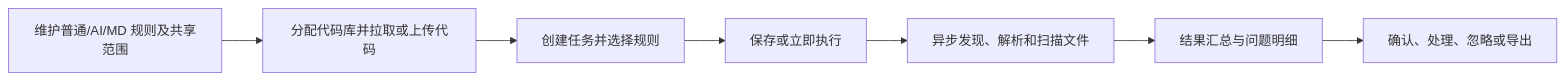
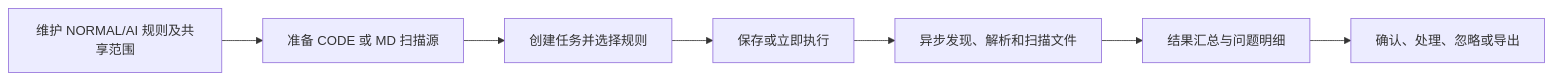
The first of 5 diagrams in ai-agent/spec/扫描中心-详细方案设计.md (tjqing/scanning-center), drawn with Mermaid before and after one commit. The commit also changed other lines of this file and 17 other files, not shown here.

````diff
--- a/ai-agent/spec/扫描中心-详细方案设计.md
+++ b/ai-agent/spec/扫描中心-详细方案设计.md
@@ -22,9 +22,9 @@
 ```mermaid
 flowchart LR
-    A["维护普通/AI/MD 规则及共享范围"] --> B["分配代码库并拉取或上传代码"]
+    A["维护 NORMAL/AI 规则及共享范围"] --> B["准备 CODE 或 MD 扫描源"]
     B --> C["创建任务并选择规则"]
     C --> D["保存或立即执行"]
     D --> E["异步发现、解析和扫描文件"]
     E --> F["结果汇总与问题明细"]
     F --> G["确认、处理、忽略或导出"]
 ```
````
